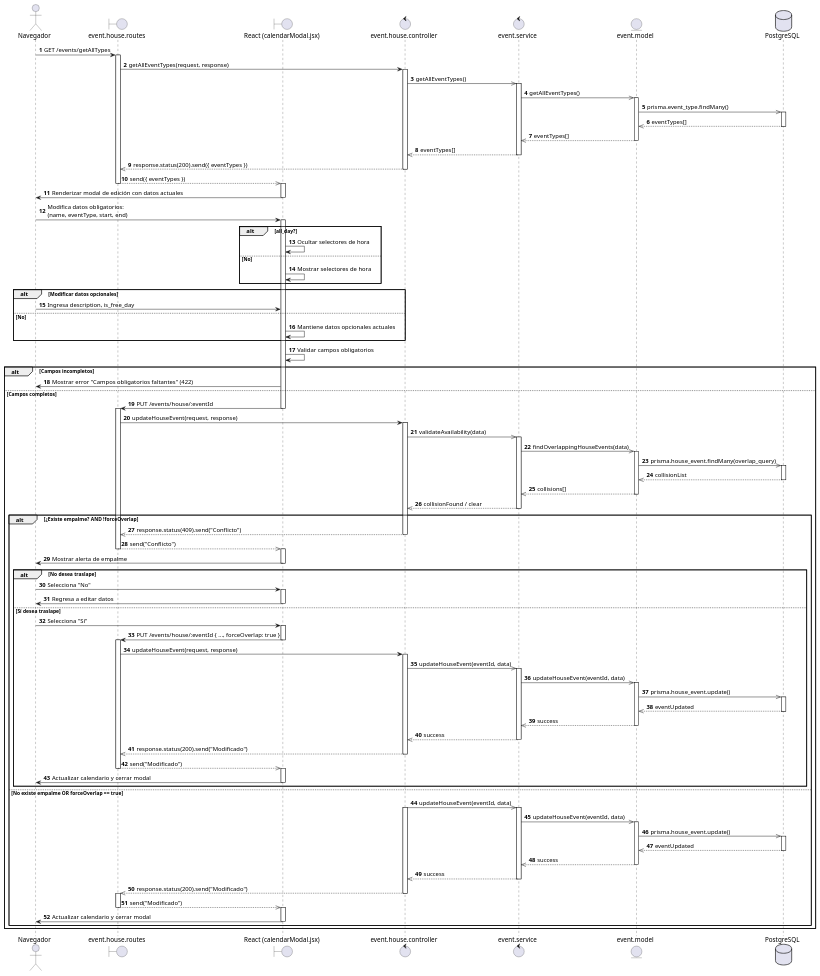
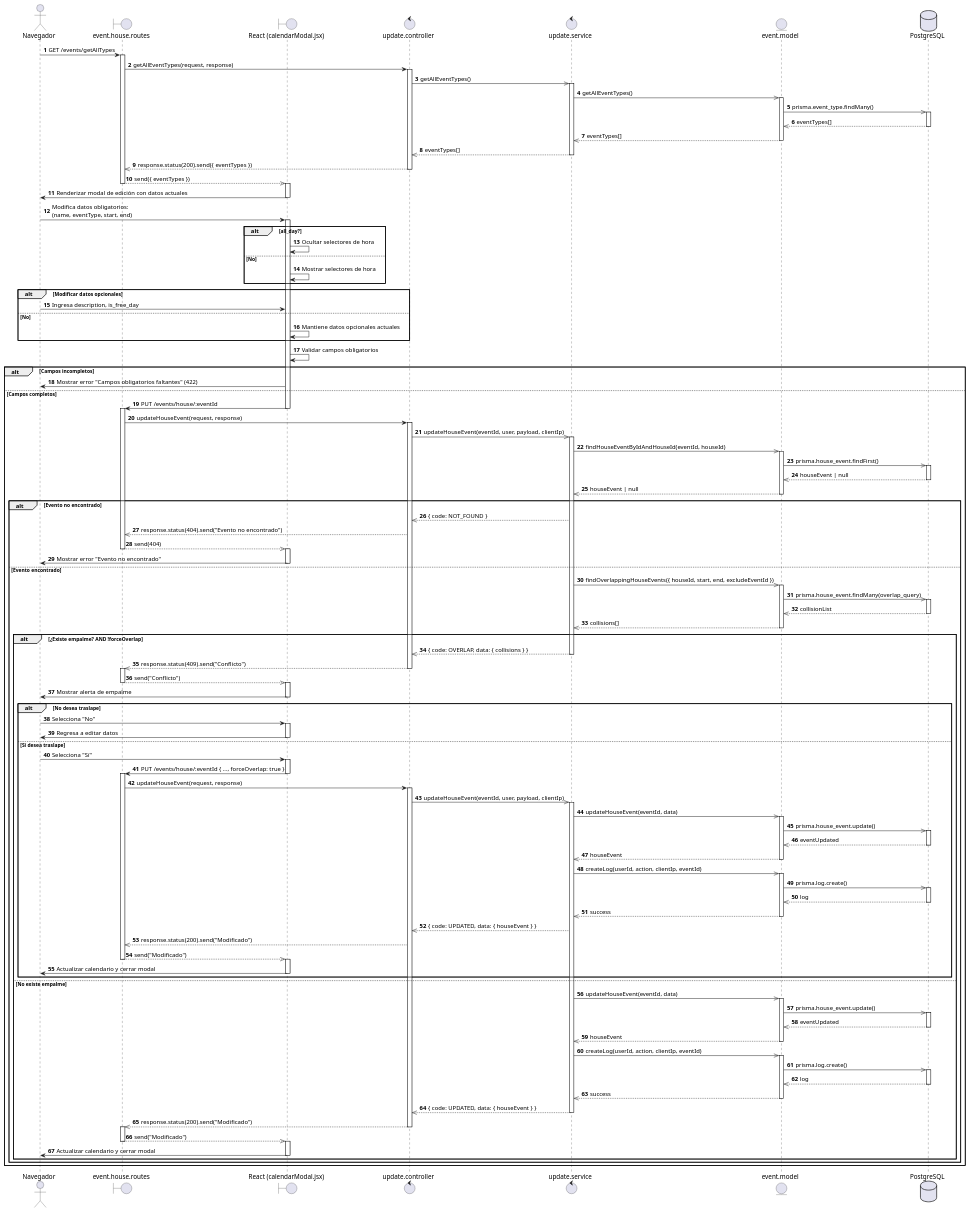
Before and after one commit to AztlanConsulting/RCHQ-Back: the diagram in diagrams/Sequence diagram/US81.puml, drawn with PlantUML.

Commit message:
docs(DS): Se modifica el diagrama de secuencia para modificar evento de casa para estar acorde a la funcionalidad programada.

```diff
--- a/diagrams/Sequence diagram/US81.puml
+++ b/diagrams/Sequence diagram/US81.puml
@@ -1,172 +1,195 @@
 @startuml HU81 - Modificar evento de casa
 
 actor Navegador
 boundary "event.house.routes" as routes
 boundary "React (calendarModal.jsx)" as ReactView
-control "event.house.controller" as controller
-control event.service
-entity event.model
+control "update.controller" as controller
+control "update.service" as event.service
+entity "event.model" as event.model
 database PostgreSQL
 
 autonumber
 
 Navegador -> routes : GET /events/getAllTypes
 deactivate ReactView
 activate routes
 
 routes -> controller : getAllEventTypes(request, response)
 activate controller
 
 controller ->> event.service : getAllEventTypes()
 activate event.service
 
 event.service ->> event.model : getAllEventTypes()
 activate event.model
 
 event.model ->> PostgreSQL : prisma.event_type.findMany()
 activate PostgreSQL
 PostgreSQL -->> event.model : eventTypes[]
 deactivate PostgreSQL
 
 event.model -->> event.service : eventTypes[]
 deactivate event.model
 event.service -->> controller : eventTypes[]
 deactivate event.service
 
 controller -->> routes : response.status(200).send({ eventTypes })
 deactivate controller
 routes -->> ReactView : send({ eventTypes })
 deactivate routes
 activate ReactView
 
 ReactView -> Navegador : Renderizar modal de edición con datos actuales
 deactivate ReactView
 Navegador -> ReactView : Modifica datos obligatorios:\n(name, eventType, start, end)
 activate ReactView
 alt all_day?
     ReactView -> ReactView : Ocultar selectores de hora
 else No
     ReactView -> ReactView : Mostrar selectores de hora
 end
 
 alt Modificar datos opcionales
     Navegador -> ReactView : Ingresa description, is_free_day
 else No
     ReactView -> ReactView : Mantiene datos opcionales actuales
 end
 
 ReactView -> ReactView : Validar campos obligatorios
 
 alt Campos incompletos
     ReactView -> Navegador : Mostrar error "Campos obligatorios faltantes" (422)
 
 else Campos completos
     ReactView -> routes : PUT /events/house/:eventId
     deactivate ReactView
     activate routes
 
     routes -> controller : updateHouseEvent(request, response)
     activate controller
 
-    controller ->> event.service : validateAvailability(data)
+    controller ->> event.service : updateHouseEvent(eventId, user, payload, clientIp)
     activate event.service
 
-    event.service ->> event.model : findOverlappingHouseEvents(data)
+    event.service ->> event.model : findHouseEventByIdAndHouseId(eventId, houseId)
     activate event.model
+    event.model ->> PostgreSQL : prisma.house_event.findFirst()
+    activate PostgreSQL
+    PostgreSQL -->> event.model : houseEvent | null
+    deactivate PostgreSQL
+    event.model -->> event.service : houseEvent | null
+    deactivate event.model
 
-    event.model ->> PostgreSQL : prisma.house_event.findMany(overlap_query)
-    activate PostgreSQL
-    PostgreSQL -->> event.model : collisionList
-    deactivate PostgreSQL
-
-    event.model -->> event.service : collisions[]
-    deactivate event.model
-    event.service -->> controller : collisionFound / clear
-    deactivate event.service
-
-    alt ¿Existe empalme? AND !forceOverlap
-        controller -->> routes : response.status(409).send("Conflicto")
-        deactivate controller
-
-        routes -->> ReactView : send("Conflicto")
+    alt Evento no encontrado
+        event.service -->> controller : { code: NOT_FOUND }
+        controller -->> routes : response.status(404).send("Evento no encontrado")
+        routes -->> ReactView : send(404)
         deactivate routes
         activate ReactView
-
-        ReactView -> Navegador : Mostrar alerta de empalme
+        ReactView -> Navegador : Mostrar error "Evento no encontrado"
         deactivate ReactView
 
-        alt No desea traslape
-            Navegador -> ReactView : Selecciona "No"
+    else Evento encontrado
+
+        event.service ->> event.model : findOverlappingHouseEvents({ houseId, start, end, excludeEventId })
+        activate event.model
+        event.model ->> PostgreSQL : prisma.house_event.findMany(overlap_query)
+        activate PostgreSQL
+        PostgreSQL -->> event.model : collisionList
+        deactivate PostgreSQL
+        event.model -->> event.service : collisions[]
+        deactivate event.model
+
+        alt ¿Existe empalme? AND !forceOverlap
+            event.service -->> controller : { code: OVERLAP, data: { collisions } }
+            deactivate event.service
+            controller -->> routes : response.status(409).send("Conflicto")
+            deactivate controller
+            activate routes
+            routes -->> ReactView : send("Conflicto")
+            deactivate routes
             activate ReactView
-            ReactView -> Navegador : Regresa a editar datos
+            ReactView -> Navegador : Mostrar alerta de empalme
             deactivate ReactView
-        else Sí desea traslape
-            Navegador -> ReactView : Selecciona "Sí"
-            activate ReactView
 
-            ReactView -> routes : PUT /events/house/:eventId { ..., forceOverlap: true }
-            deactivate ReactView
-            activate routes
+            alt No desea traslape
+                Navegador -> ReactView : Selecciona "No"
+                activate ReactView
+                ReactView -> Navegador : Regresa a editar datos
+                deactivate ReactView
+            else Sí desea traslape
+                Navegador -> ReactView : Selecciona "Sí"
+                activate ReactView
 
-            routes -> controller : updateHouseEvent(request, response)
-            activate controller
+                ReactView -> routes : PUT /events/house/:eventId { ..., forceOverlap: true }
+                deactivate ReactView
+                activate routes
 
-            controller ->> event.service : updateHouseEvent(eventId, data)
-            activate event.service
+                routes -> controller : updateHouseEvent(request, response)
+                activate controller
+
+                controller ->> event.service : updateHouseEvent(eventId, user, payload, clientIp)
+                activate event.service
+
+                event.service ->> event.model : updateHouseEvent(eventId, data)
+                activate event.model
+                event.model ->> PostgreSQL : prisma.house_event.update()
+                activate PostgreSQL
+                PostgreSQL -->> event.model : eventUpdated
+                deactivate PostgreSQL
+                event.model -->> event.service : houseEvent
+                deactivate event.model
+
+                event.service ->> event.model : createLog(userId, action, clientIp, eventId)
+                activate event.model
+                event.model ->> PostgreSQL : prisma.log.create()
+                activate PostgreSQL
+                PostgreSQL -->> event.model : log
+                deactivate PostgreSQL
+                event.model -->> event.service : success
+                deactivate event.model
+
+                event.service -->> controller : { code: UPDATED, data: { houseEvent } }
+                controller -->> routes : response.status(200).send("Modificado")
+                routes -->> ReactView : send("Modificado")
+                deactivate routes
+                activate ReactView
+                ReactView -> Navegador : Actualizar calendario y cerrar modal
+                deactivate ReactView
+            end
+
+        else No existe empalme
 
             event.service ->> event.model : updateHouseEvent(eventId, data)
             activate event.model
-
             event.model ->> PostgreSQL : prisma.house_event.update()
             activate PostgreSQL
             PostgreSQL -->> event.model : eventUpdated
             deactivate PostgreSQL
+            event.model -->> event.service : houseEvent
+            deactivate event.model
 
+            event.service ->> event.model : createLog(userId, action, clientIp, eventId)
+            activate event.model
+            event.model ->> PostgreSQL : prisma.log.create()
+            activate PostgreSQL
+            PostgreSQL -->> event.model : log
+            deactivate PostgreSQL
             event.model -->> event.service : success
             deactivate event.model
-            event.service -->> controller : success
+
+            event.service -->> controller : { code: UPDATED, data: { houseEvent } }
             deactivate event.service
-
             controller -->> routes : response.status(200).send("Modificado")
             deactivate controller
-
+            activate routes
             routes -->> ReactView : send("Modificado")
             deactivate routes
             activate ReactView
-
             ReactView -> Navegador : Actualizar calendario y cerrar modal
             deactivate ReactView
         end
-
-    else No existe empalme OR forceOverlap == true
-        controller ->> event.service : updateHouseEvent(eventId, data)
-        activate controller
-        activate event.service
-
-        event.service ->> event.model : updateHouseEvent(eventId, data)
-        activate event.model
-
-        event.model ->> PostgreSQL : prisma.house_event.update()
-        activate PostgreSQL
-        PostgreSQL -->> event.model : eventUpdated
-        deactivate PostgreSQL
-
-        event.model -->> event.service : success
-        deactivate event.model
-        event.service -->> controller : success
-        deactivate event.service
-
-        controller -->> routes : response.status(200).send("Modificado")
-        deactivate controller
-        activate routes
-
-        routes -->> ReactView : send("Modificado")
-        deactivate routes
-        activate ReactView
-
-        ReactView -> Navegador : Actualizar calendario y cerrar modal
-        deactivate ReactView
     end
 end
 
 @enduml
```
